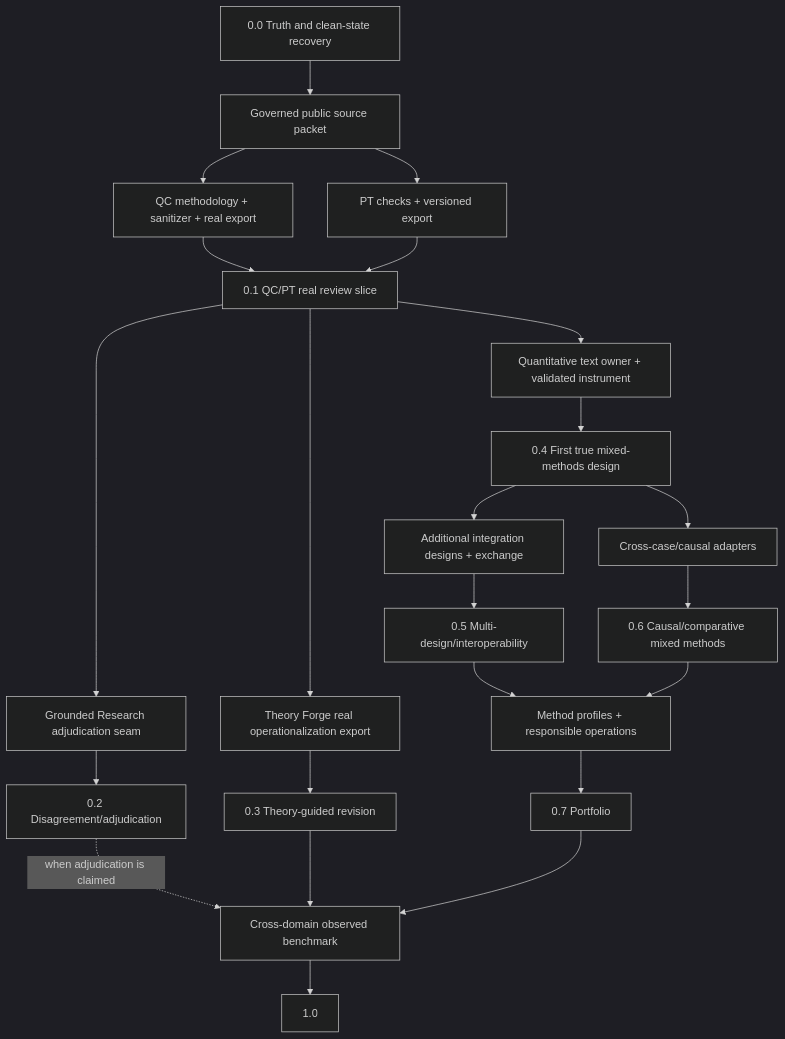
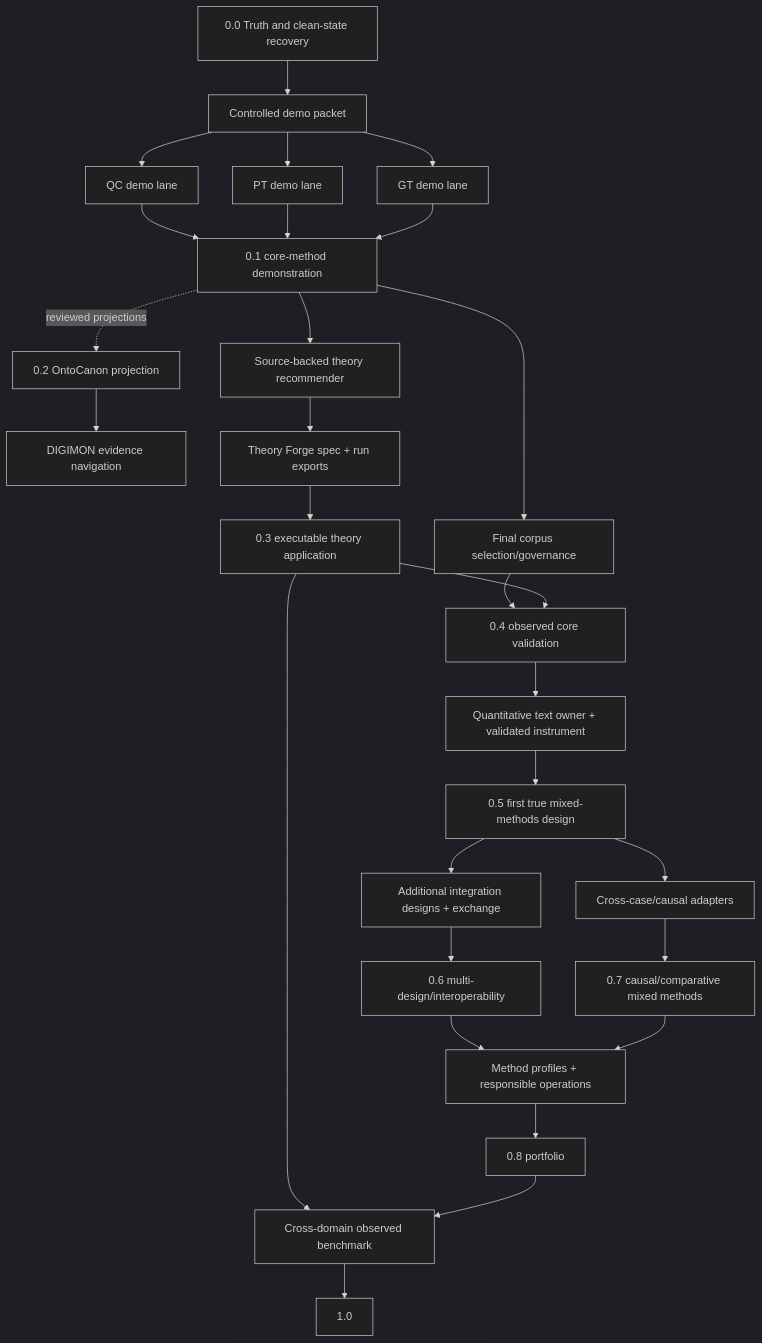
One commit to BrianMills2718/mixed_methods_workbench changed the diagram in docs/ROADMAP.md. Above: the diagram before and after it, drawn with Mermaid (dark theme). The commit also changed other lines of this file and 10 other files, not shown here.

Commit message:
docs: adopt demo-first mixed-methods roadmap

````diff
--- a/docs/ROADMAP.md
+++ b/docs/ROADMAP.md
@@ -315,38 +317,45 @@
 ```mermaid
 flowchart TD
   T0["0.0 Truth and clean-state recovery"]
-  GOV["Governed public source packet"]
-  QC["QC methodology + sanitizer + real export"]
-  PT["PT checks + versioned export"]
-  W01["0.1 QC/PT real review slice"]
-  GR["Grounded Research adjudication seam"]
-  W02["0.2 Disagreement/adjudication"]
-  TF["Theory Forge real operationalization export"]
-  W03["0.3 Theory-guided revision"]
+  DEMO["Controlled demo packet"]
+  QC["QC demo lane"]
+  PT["PT demo lane"]
+  GT["GT demo lane"]
+  W01["0.1 core-method demonstration"]
+  OC["0.2 OntoCanon projection"]
+  DIG["DIGIMON evidence navigation"]
+  REC["Source-backed theory recommender"]
+  TF["Theory Forge spec + run exports"]
+  W03["0.3 executable theory application"]
+  GOV["Final corpus selection/governance"]
+  W04["0.4 observed core validation"]
   QT["Quantitative text owner + validated instrument"]
-  W04["0.4 First true mixed-methods design"]
+  W05["0.5 first true mixed-methods design"]
   DES["Additional integration designs + exchange"]
-  W05["0.5 Multi-design/interoperability"]
+  W06["0.6 multi-design/interoperability"]
   CAUSAL["Cross-case/causal adapters"]
-  W06["0.6 Causal/comparative mixed methods"]
+  W07["0.7 causal/comparative mixed methods"]
   PORT["Method profiles + responsible operations"]
-  W07["0.7 Portfolio"]
+  W08["0.8 portfolio"]
   EVAL["Cross-domain observed benchmark"]
   W10["1.0"]
 
-  T0 --> GOV
-  GOV --> QC
-  GOV --> PT
+  T0 --> DEMO
+  DEMO --> QC
+  DEMO --> PT
+  DEMO --> GT
   QC --> W01
   PT --> W01
-  W01 --> GR --> W02
-  W01 --> TF --> W03
-  W01 --> QT --> W04
-  W04 --> DES --> W05
-  W04 --> CAUSAL --> W06
-  W05 --> PORT
+  GT --> W01
+  W01 -. "reviewed projections" .-> OC --> DIG
+  W01 --> REC --> TF --> W03
+  W01 --> GOV --> W04
+  W03 --> W04
+  W04 --> QT --> W05
+  W05 --> DES --> W06
+  W05 --> CAUSAL --> W07
   W06 --> PORT
-  W02 -. "when adjudication is claimed" .-> EVAL
+  W07 --> PORT
   W03 --> EVAL
-  PORT --> W07 --> EVAL --> W10
+  PORT --> W08 --> EVAL --> W10
 ```
````
